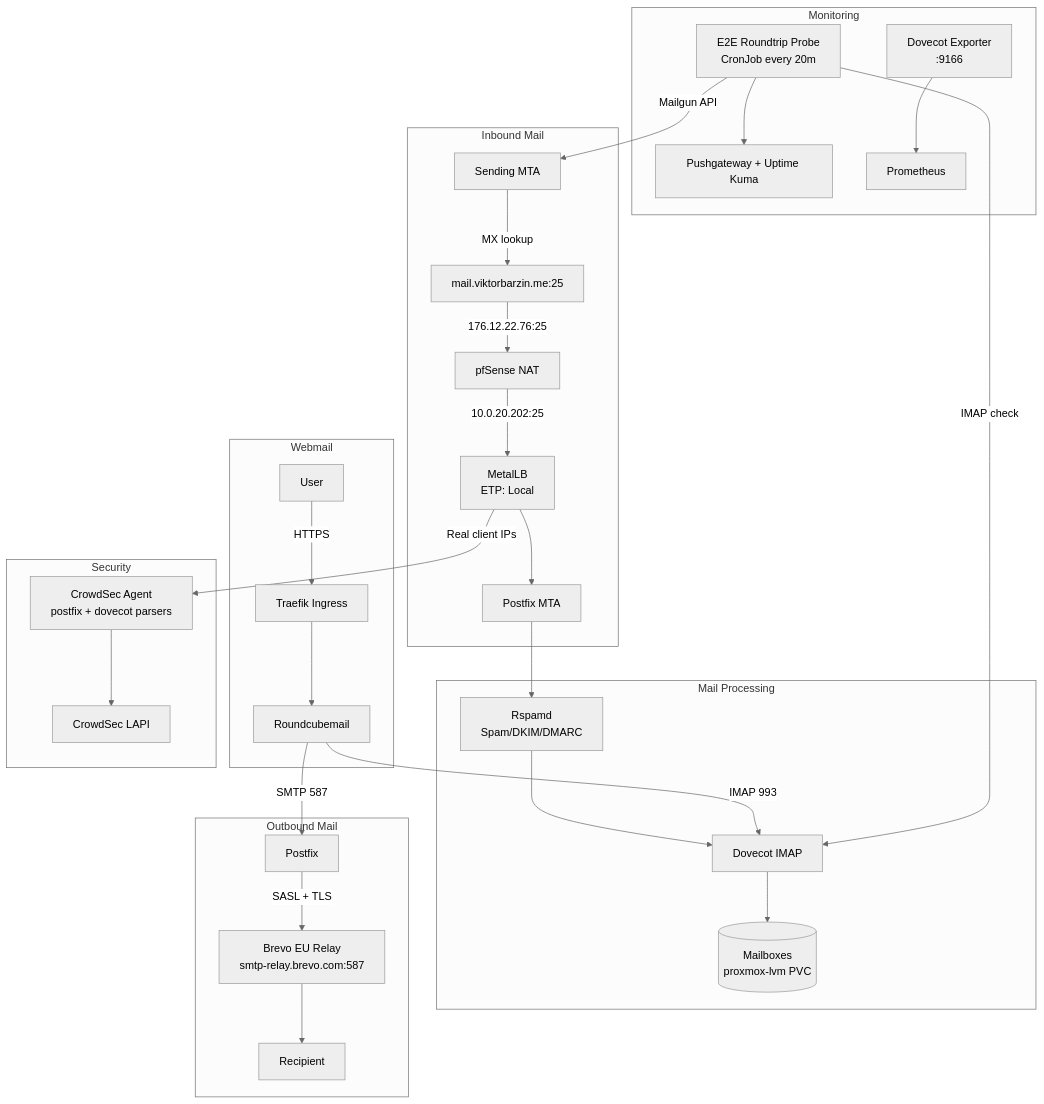
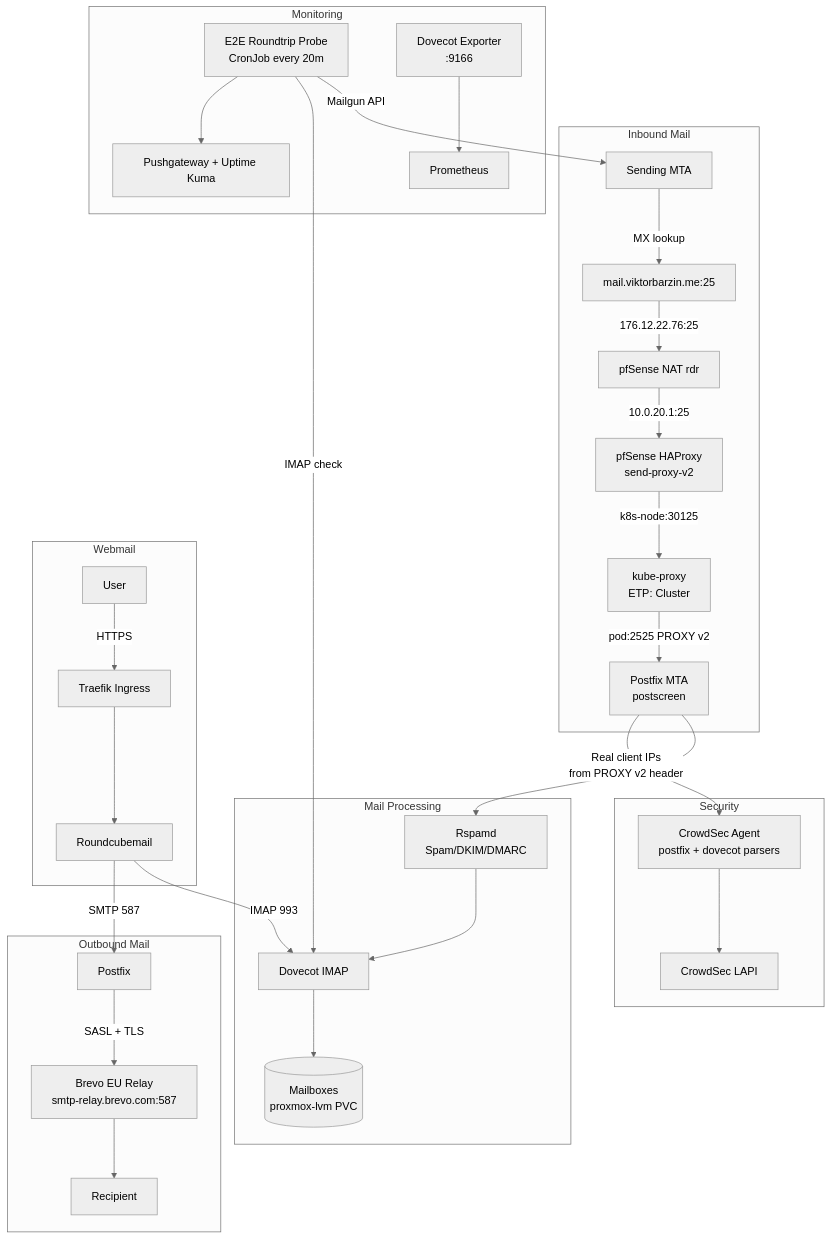
One commit to ViktorBarzin/infra changed the diagram in docs/architecture/mailserver.md. Above: the diagram before and after it, drawn with Mermaid (neutral theme). The commit also changed other lines of this file and 3 other files, not shown here.

````diff
--- a/docs/architecture/mailserver.md
+++ b/docs/architecture/mailserver.md
@@ -11,39 +11,40 @@
 ```mermaid
 graph TB
     subgraph "Inbound Mail"
         SENDER[Sending MTA] -->|MX lookup| MX[mail.viktorbarzin.me:25]
-        MX -->|176.12.22.76:25| PF[pfSense NAT]
-        PF -->|10.0.20.202:25| MLB[MetalLB<br/>ETP: Local]
-        MLB --> POSTFIX[Postfix MTA]
+        MX -->|176.12.22.76:25| PF[pfSense NAT rdr]
+        PF -->|10.0.20.1:25| HAP[pfSense HAProxy<br/>send-proxy-v2]
+        HAP -->|k8s-node:30125| KP[kube-proxy<br/>ETP: Cluster]
+        KP -->|pod:2525 PROXY v2| POSTFIX[Postfix MTA<br/>postscreen]
     end
 
     subgraph "Mail Processing"
         POSTFIX --> RSPAMD[Rspamd<br/>Spam/DKIM/DMARC]
         RSPAMD --> DOVECOT[Dovecot IMAP]
         DOVECOT --> MAILBOX[(Mailboxes<br/>proxmox-lvm PVC)]
     end
 
     subgraph "Outbound Mail"
         POSTFIX_OUT[Postfix] -->|SASL + TLS| MAILGUN[Brevo EU Relay<br/>smtp-relay.brevo.com:587]
         MAILGUN --> RECIPIENT[Recipient]
     end
 
     subgraph "Webmail"
         USER[User] -->|HTTPS| TRAEFIK[Traefik Ingress]
         TRAEFIK --> RC[Roundcubemail]
         RC -->|IMAP 993| DOVECOT
         RC -->|SMTP 587| POSTFIX_OUT
     end
 
     subgraph "Security"
-        MLB -->|Real client IPs| CS_AGENT[CrowdSec Agent<br/>postfix + dovecot parsers]
+        POSTFIX -->|Real client IPs<br/>from PROXY v2 header| CS_AGENT[CrowdSec Agent<br/>postfix + dovecot parsers]
         CS_AGENT --> CS_LAPI[CrowdSec LAPI]
     end
 
     subgraph "Monitoring"
         PROBE[E2E Roundtrip Probe<br/>CronJob every 20m] -->|Mailgun API| SENDER
         PROBE -->|IMAP check| DOVECOT
         PROBE --> PUSH[Pushgateway + Uptime Kuma]
         DEXP[Dovecot Exporter<br/>:9166] --> PROM[Prometheus]
     end
 ```
````
